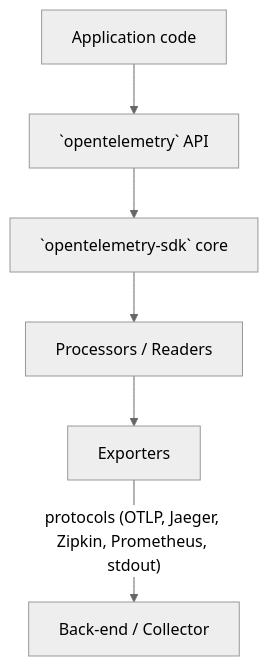
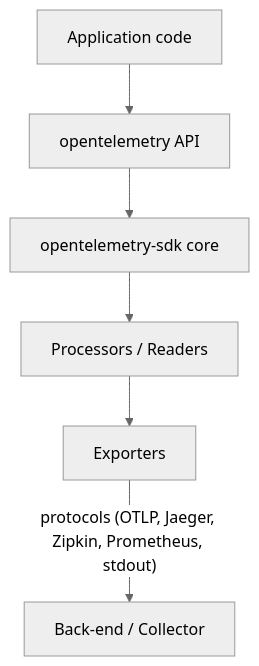
One commit to scottgerring/opentelemetry-rust changed the diagram in docs/design/general_architecture.md. Above: the diagram before and after it, drawn with Mermaid (neutral theme). The commit also changed other lines of this file and 1 other file, not shown here.

````diff
--- a/docs/design/general_architecture.md
+++ b/docs/design/general_architecture.md
@@ -7,8 +9,8 @@
 ```mermaid
 graph TD
-    A[Application code] --> B[`opentelemetry` API]
-    B --> C[`opentelemetry-sdk` core]
+    A[Application code] --> B[opentelemetry API]
+    B --> C[opentelemetry-sdk core]
     C --> D[Processors / Readers]
     D --> E[Exporters]
     E -->|"protocols (OTLP, Jaeger, Zipkin, Prometheus, stdout)"| F[Back-end / Collector]
 ```
````
